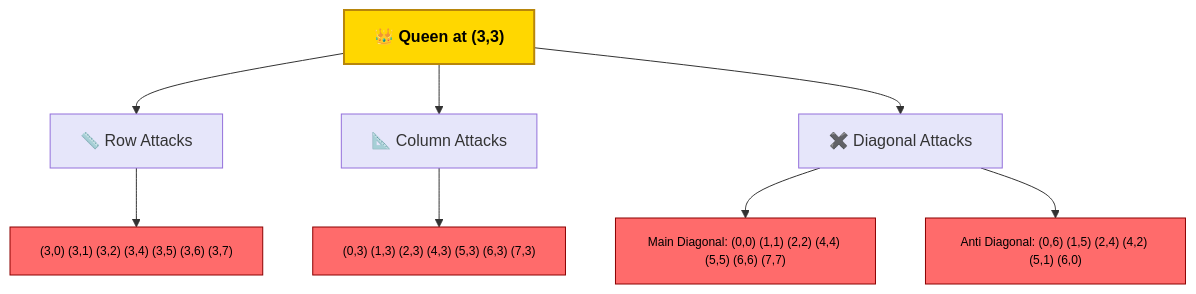
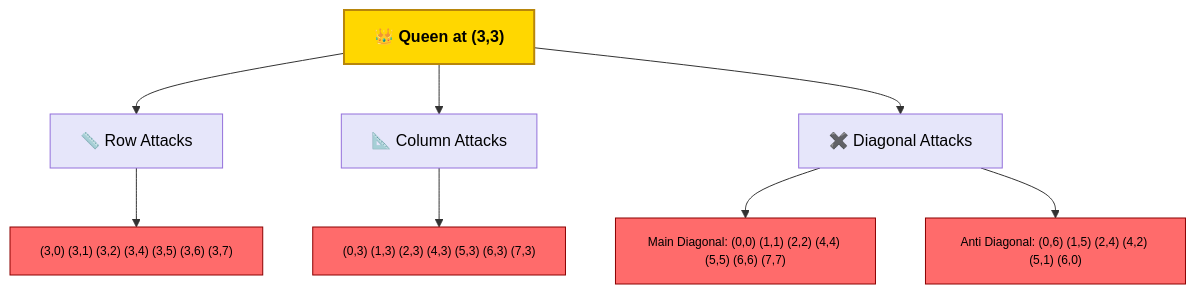
Before and after one commit to zeroisinfinity/DSA-C_Cpp: the first of 12 diagrams in BACKTRACKING/N-queens/guide.md, drawn with Mermaid.

Commit message:
added guide for perm n updated guide of nqueens

````diff
--- a/BACKTRACKING/N-queens/guide.md
+++ b/BACKTRACKING/N-queens/guide.md
@@ -25,21 +25,22 @@
 ```mermaid
 graph TD
     A["👑 Queen at (3,3)"] --> B["📏 Row Attacks"]
     A --> C["📐 Column Attacks"]
     A --> D["✖️ Diagonal Attacks"]
     
     B --> B1["(3,0) (3,1) (3,2) (3,4) (3,5) (3,6) (3,7)"]
     C --> C1["(0,3) (1,3) (2,3) (4,3) (5,3) (6,3) (7,3)"]
     D --> D1["Main Diagonal: (0,0) (1,1) (2,2) (4,4) (5,5) (6,6) (7,7)"]
     D --> D2["Anti Diagonal: (0,6) (1,5) (2,4) (4,2) (5,1) (6,0)"]
     
+    classDef default color:#000000
     classDef queen fill:#FFD700,stroke:#B8860B,stroke-width:2px,color:#000000,font-weight:bold
     classDef attack fill:#FF6B6B,stroke:#8B0000,stroke-width:1px,color:#000000,font-size:12px
     class A queen
     class B1,C1,D1,D2 attack
     
     style A fill:#FFD700,stroke:#B8860B,stroke-width:2px,color:#000000,font-weight:bold
-    style B fill:#E6E6FA,stroke:#9370DB,stroke-width:1px
-    style C fill:#E6E6FA,stroke:#9370DB,stroke-width:1px
-    style D fill:#E6E6FA,stroke:#9370DB,stroke-width:1px
+    style B fill:#E6E6FA,stroke:#9370DB,stroke-width:1px,color:#000000
+    style C fill:#E6E6FA,stroke:#9370DB,stroke-width:1px,color:#000000
+    style D fill:#E6E6FA,stroke:#9370DB,stroke-width:1px,color:#000000
 ```
````
